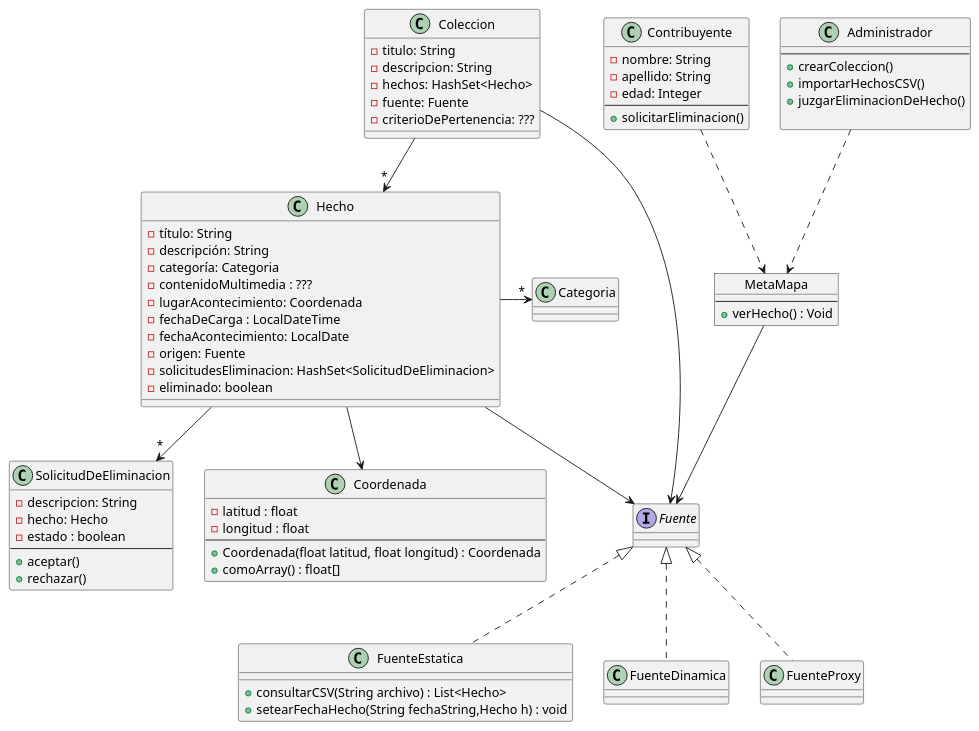
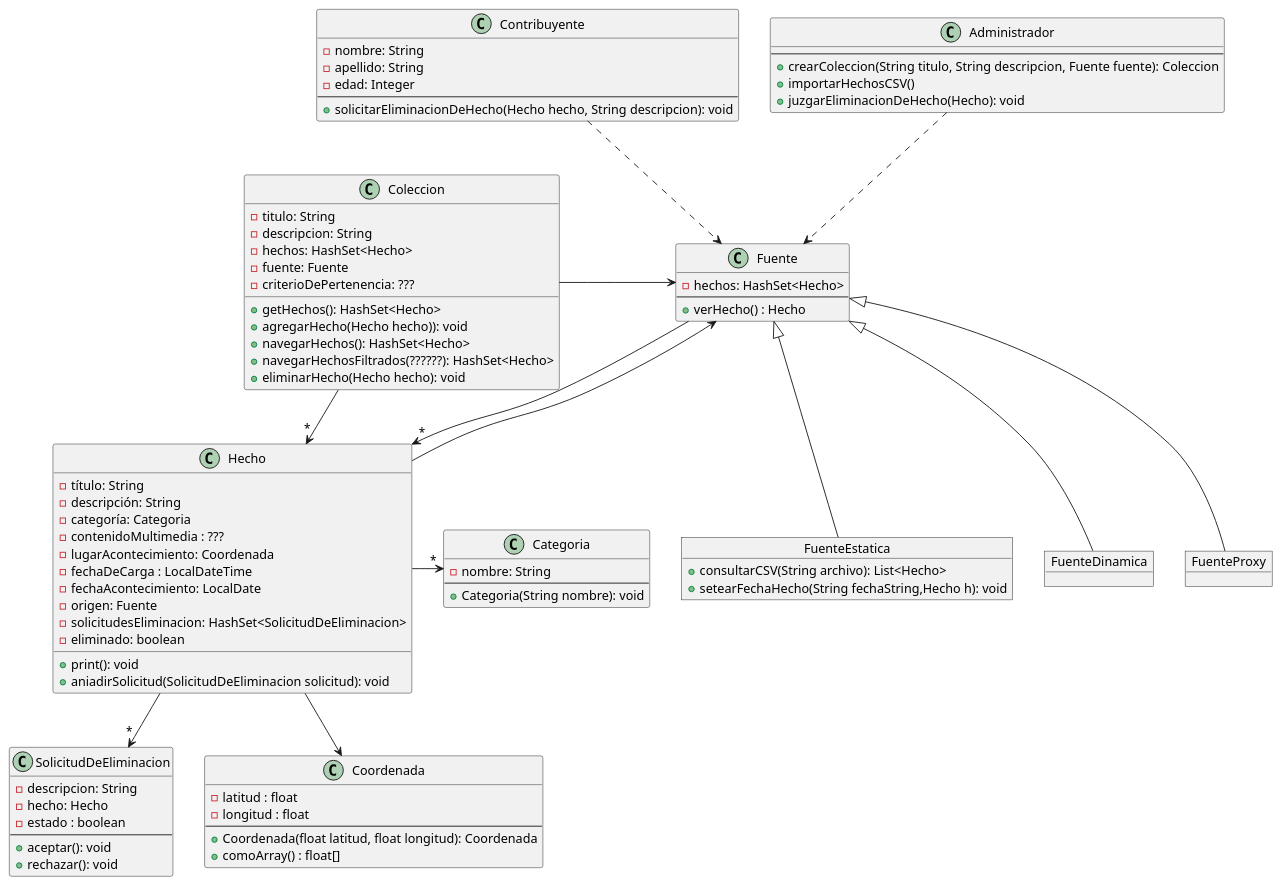
One commit to faustorod1/MetaMapa changed the diagram in DiagDeClases.puml. Above: the diagram before and after it, drawn with PlantUML. The commit also changed 10 other files, not shown here.

```diff
--- a/DiagDeClases.puml
+++ b/DiagDeClases.puml
@@ -1,100 +1,109 @@
 @startuml
 
 class Hecho{
 - título: String
 - descripción: String
 - categoría: Categoria
 - contenidoMultimedia : ???
 - lugarAcontecimiento: Coordenada
 - fechaDeCarga : LocalDateTime
 - fechaAcontecimiento: LocalDate
 - origen: Fuente
 - solicitudesEliminacion: HashSet<SolicitudDeEliminacion>
 - eliminado: boolean
+
++ print(): void
++ aniadirSolicitud(SolicitudDeEliminacion solicitud): void
 }
 
 class Categoria{
+- nombre: String
+--
++ Categoria(String nombre): void
 }
 
 class Contribuyente{
 - nombre: String
 - apellido: String
 - edad: Integer
 --
-+ solicitarEliminacion()
++ solicitarEliminacionDeHecho(Hecho hecho, String descripcion): void
 }
 
 class Administrador {
 --
-+ crearColeccion()
++ crearColeccion(String titulo, String descripcion, Fuente fuente): Coleccion
 + importarHechosCSV()
-+ juzgarEliminacionDeHecho()
-
++ juzgarEliminacionDeHecho(Hecho): void
 }
 
 class Coleccion{
 - titulo: String
 - descripcion: String
 - hechos: HashSet<Hecho>
 - fuente: Fuente
 - criterioDePertenencia: ???
 
+
++ getHechos(): HashSet<Hecho>
++ agregarHecho(Hecho hecho)): void
++ navegarHechos(): HashSet<Hecho>
++ navegarHechosFiltrados(??????): HashSet<Hecho>
++ eliminarHecho(Hecho hecho): void
 }
 
 class SolicitudDeEliminacion{
 - descripcion: String
 - hecho: Hecho
 - estado : boolean
 --
-+ aceptar()
-+ rechazar()
++ aceptar(): void
++ rechazar(): void
 }
 
-interface Fuente{
+class Fuente{
+- hechos: HashSet<Hecho>
+--
++ verHecho() : Hecho
 }
 
-class FuenteEstatica{
+Object FuenteEstatica{
 
-+ consultarCSV(String archivo) : List<Hecho>
-+ setearFechaHecho(String fechaString,Hecho h) : void
++ consultarCSV(String archivo): List<Hecho>
++ setearFechaHecho(String fechaString,Hecho h): void
 }
 
-class FuenteDinamica{
+Object FuenteDinamica{
 }
 
-class FuenteProxy{
+Object FuenteProxy{
 }
 
 class Coordenada{
 - latitud : float
 - longitud : float
 --
-+ Coordenada(float latitud, float longitud) : Coordenada
++ Coordenada(float latitud, float longitud): Coordenada
 + comoArray() : float[]
 }
 
-Object MetaMapa{
---
-+ verHecho() : Void
-}
-
-MetaMapa --> Fuente
-
-Contribuyente .d.> MetaMapa
-Administrador .d.> MetaMapa
+Contribuyente .d.> Fuente
+Administrador .d.> Fuente
 
 Hecho --> Coordenada
 Hecho -r->"*" Categoria
 Hecho -d->"*" SolicitudDeEliminacion
 Coleccion -->"*" Hecho
 
 Hecho --> Fuente
 Coleccion -r-> Fuente
 
-FuenteEstatica .u.|> Fuente
-FuenteDinamica .u.|> Fuente
-FuenteProxy .u.|> Fuente
+Fuente -->"*" Hecho
+
+FuenteEstatica -u-|> Fuente
+FuenteDinamica -u-|> Fuente
+FuenteProxy -u-|> Fuente
 
 
 
 @enduml
```
